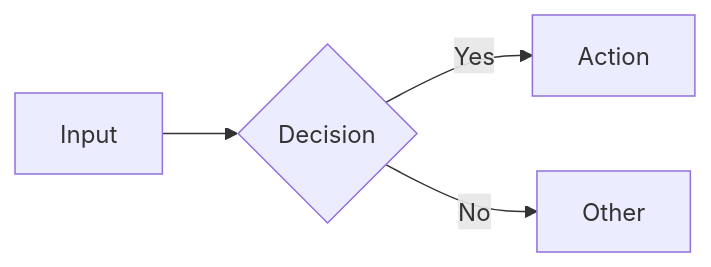
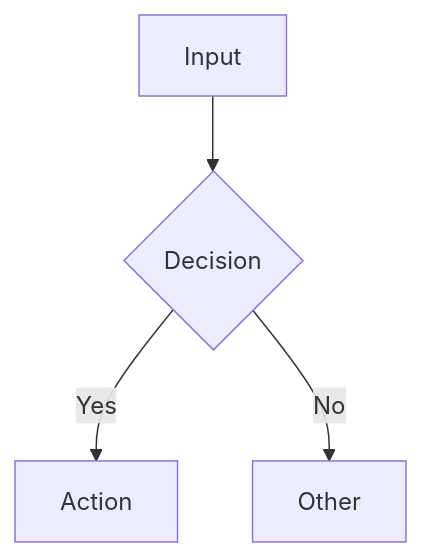
One commit to Schmoiger/start-here changed the diagram in context/standards/doc-standards.md. Above: the diagram before and after it, drawn with Mermaid. The commit also changed 1 other file, not shown here.

Commit message:
feat(context): add mermaid-environment rule and TD flowchart example
Injectable constraints for diagram direction, line breaks, and diagram
types. Align doc-standards Mermaid sample with TD default.

Made-with: Cursor

````diff
--- a/context/standards/doc-standards.md
+++ b/context/standards/doc-standards.md
@@ -438,6 +438,6 @@
 ```mermaid
-flowchart LR
+flowchart TD
     A[Input] --> B{Decision}
     B -->|Yes| C[Action]
     B -->|No| D[Other]
 ```
````
